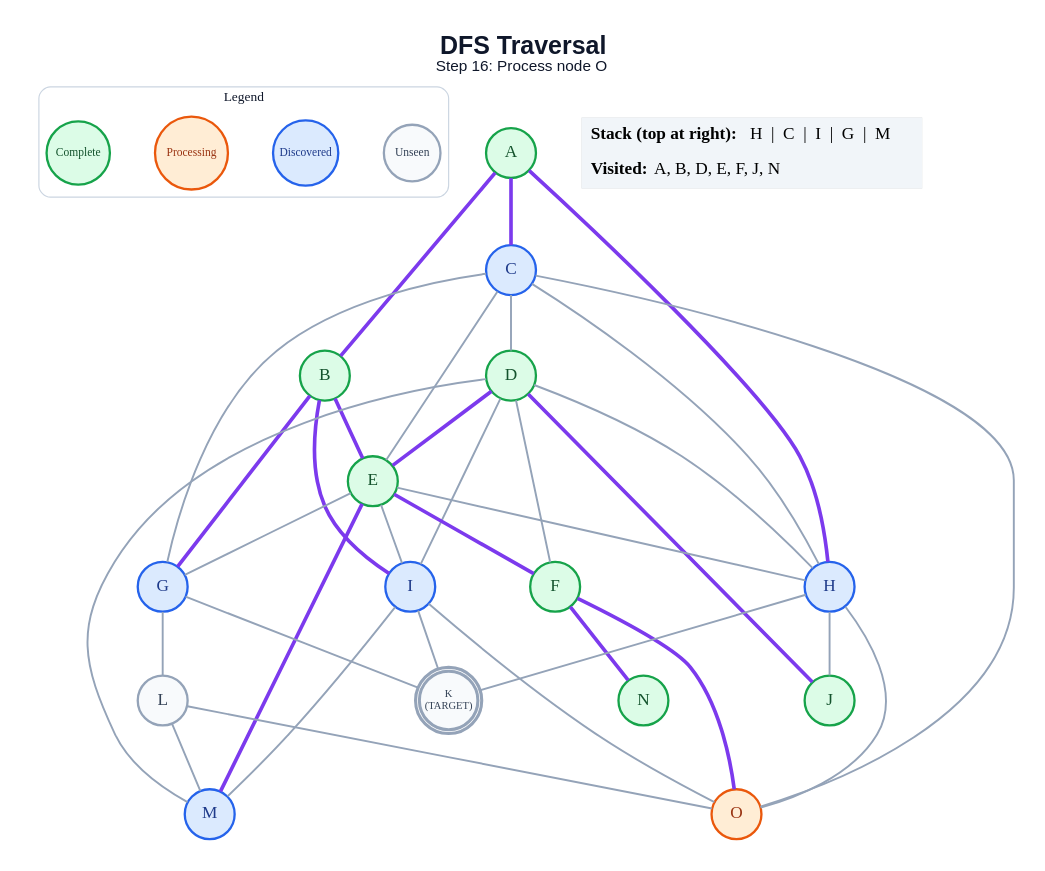
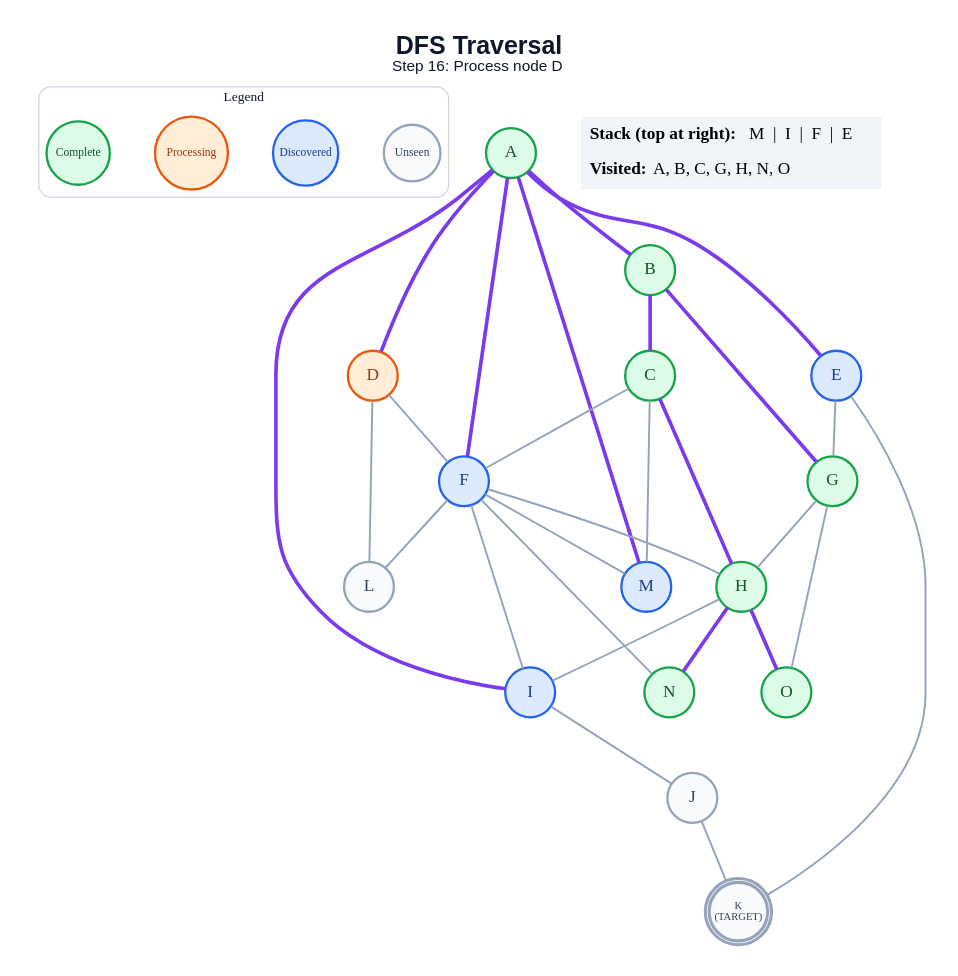
One commit to anon7238593-create/ai-slop changed the diagram in generated/specific-node/dfs/step_16.dot. Above: the diagram before and after it, drawn with Graphviz. The commit also changed 285 other files, not shown here.

```diff
--- a/generated/specific-node/dfs/step_16.dot
+++ b/generated/specific-node/dfs/step_16.dot
@@ -1,68 +1,61 @@
 graph traversal {
   graph [layout=dot, rankdir=TB, bgcolor="#FFFFFF", pad="0.35", nodesep="0.65", ranksep="0.8", fontname="Arial"];
   node [shape=circle, style="filled", fontname="Arial Bold", fontsize=18, width=0.72, fixedsize=true, penwidth=2.4];
   edge [color="#94A3B8", penwidth=2.0];
-  label=<<B>DFS Traversal</B><BR/><FONT POINT-SIZE="16">Step 16: Process node O</FONT>>; labelloc="t"; fontsize=26; fontname="Arial"; fontcolor="#0F172A";
+  label=<<B>DFS Traversal</B><BR/><FONT POINT-SIZE="16">Step 16: Process node D</FONT>>; labelloc="t"; fontsize=26; fontname="Arial"; fontcolor="#0F172A";
   subgraph cluster_legend { label="Legend"; color="#CBD5E1"; penwidth=1.2; style="rounded"; fontsize=14; fontname="Arial Bold";
     key_unseen [label="Unseen", fillcolor="#F8FAFC", color="#94A3B8", fontcolor="#334155", fontsize=12, width=0.82];
     key_frontier [label="Discovered", fillcolor="#DBEAFE", color="#2563EB", fontcolor="#1E3A8A", fontsize=12, width=0.95];
     key_current [label="Processing", fillcolor="#FFEDD5", color="#EA580C", fontcolor="#9A3412", fontsize=12, width=1.05];
     key_done [label="Complete", fillcolor="#DCFCE7", color="#16A34A", fontcolor="#14532D", fontsize=12, width=0.92];
     { rank=same; key_unseen; key_frontier; key_current; key_done; }
   }
   A [label="A", fillcolor="#DCFCE7", color="#16A34A", fontcolor="#14532D", peripheries=1, penwidth=2.4];
   B [label="B", fillcolor="#DCFCE7", color="#16A34A", fontcolor="#14532D", peripheries=1, penwidth=2.4];
-  C [label="C", fillcolor="#DBEAFE", color="#2563EB", fontcolor="#1E3A8A", peripheries=1, penwidth=2.4];
-  D [label="D", fillcolor="#DCFCE7", color="#16A34A", fontcolor="#14532D", peripheries=1, penwidth=2.4];
-  E [label="E", fillcolor="#DCFCE7", color="#16A34A", fontcolor="#14532D", peripheries=1, penwidth=2.4];
-  F [label="F", fillcolor="#DCFCE7", color="#16A34A", fontcolor="#14532D", peripheries=1, penwidth=2.4];
-  G [label="G", fillcolor="#DBEAFE", color="#2563EB", fontcolor="#1E3A8A", peripheries=1, penwidth=2.4];
-  H [label="H", fillcolor="#DBEAFE", color="#2563EB", fontcolor="#1E3A8A", peripheries=1, penwidth=2.4];
+  C [label="C", fillcolor="#DCFCE7", color="#16A34A", fontcolor="#14532D", peripheries=1, penwidth=2.4];
+  D [label="D", fillcolor="#FFEDD5", color="#EA580C", fontcolor="#9A3412", peripheries=1, penwidth=2.4];
+  E [label="E", fillcolor="#DBEAFE", color="#2563EB", fontcolor="#1E3A8A", peripheries=1, penwidth=2.4];
+  F [label="F", fillcolor="#DBEAFE", color="#2563EB", fontcolor="#1E3A8A", peripheries=1, penwidth=2.4];
+  G [label="G", fillcolor="#DCFCE7", color="#16A34A", fontcolor="#14532D", peripheries=1, penwidth=2.4];
+  H [label="H", fillcolor="#DCFCE7", color="#16A34A", fontcolor="#14532D", peripheries=1, penwidth=2.4];
   I [label="I", fillcolor="#DBEAFE", color="#2563EB", fontcolor="#1E3A8A", peripheries=1, penwidth=2.4];
-  J [label="J", fillcolor="#DCFCE7", color="#16A34A", fontcolor="#14532D", peripheries=1, penwidth=2.4];
+  J [label="J", fillcolor="#F8FAFC", color="#94A3B8", fontcolor="#334155", peripheries=1, penwidth=2.4];
   K [label="K\n(TARGET)", fillcolor="#F8FAFC", color="#94A3B8", fontcolor="#334155", peripheries=2, penwidth=3.2, fontsize=11, width=0.85, height=0.85];
   L [label="L", fillcolor="#F8FAFC", color="#94A3B8", fontcolor="#334155", peripheries=1, penwidth=2.4];
   M [label="M", fillcolor="#DBEAFE", color="#2563EB", fontcolor="#1E3A8A", peripheries=1, penwidth=2.4];
   N [label="N", fillcolor="#DCFCE7", color="#16A34A", fontcolor="#14532D", peripheries=1, penwidth=2.4];
-  O [label="O", fillcolor="#FFEDD5", color="#EA580C", fontcolor="#9A3412", peripheries=1, penwidth=2.4];
+  O [label="O", fillcolor="#DCFCE7", color="#16A34A", fontcolor="#14532D", peripheries=1, penwidth=2.4];
   A -- B [color="#7C3AED", penwidth=3.8];
-  A -- C [color="#7C3AED", penwidth=3.8];
-  A -- H [color="#7C3AED", penwidth=3.8];
-  B -- E [color="#7C3AED", penwidth=3.8];
+  A -- D [color="#7C3AED", penwidth=3.8];
+  A -- E [color="#7C3AED", penwidth=3.8];
+  A -- F [color="#7C3AED", penwidth=3.8];
+  A -- I [color="#7C3AED", penwidth=3.8];
+  A -- M [color="#7C3AED", penwidth=3.8];
+  B -- C [color="#7C3AED", penwidth=3.8];
   B -- G [color="#7C3AED", penwidth=3.8];
-  B -- I [color="#7C3AED", penwidth=3.8];
-  C -- D;
-  C -- E;
-  C -- G;
-  C -- H;
-  C -- O;
-  D -- E [color="#7C3AED", penwidth=3.8];
+  C -- F;
+  C -- H [color="#7C3AED", penwidth=3.8];
+  C -- M;
   D -- F;
-  D -- H;
-  D -- I;
-  D -- J [color="#7C3AED", penwidth=3.8];
-  D -- M;
-  E -- F [color="#7C3AED", penwidth=3.8];
+  D -- L;
   E -- G;
-  E -- H;
-  E -- I;
-  E -- M [color="#7C3AED", penwidth=3.8];
-  F -- N [color="#7C3AED", penwidth=3.8];
-  F -- O [color="#7C3AED", penwidth=3.8];
-  G -- K;
-  G -- L;
-  H -- J;
-  H -- K;
-  H -- O;
-  I -- K;
-  I -- M;
-  I -- O;
-  L -- M;
-  L -- O;
+  E -- K;
+  F -- H;
+  F -- I;
+  F -- L;
+  F -- M;
+  F -- N;
+  G -- H;
+  G -- O;
+  H -- I;
+  H -- N [color="#7C3AED", penwidth=3.8];
+  H -- O [color="#7C3AED", penwidth=3.8];
+  I -- J;
+  J -- K;
   status [shape=plain, fixedsize=false, width=0, height=0, margin=0, label=<
     <TABLE BORDER="0" CELLBORDER="0" CELLPADDING="7" BGCOLOR="#F1F5F9">
-      <TR><TD ALIGN="LEFT"><B>Stack (top at right):</B> H  |  C  |  I  |  G  |  M</TD></TR>
-      <TR><TD ALIGN="LEFT"><B>Visited:</B> A, B, D, E, F, J, N</TD></TR>
+      <TR><TD ALIGN="LEFT"><B>Stack (top at right):</B> M  |  I  |  F  |  E</TD></TR>
+      <TR><TD ALIGN="LEFT"><B>Visited:</B> A, B, C, G, H, N, O</TD></TR>
     </TABLE>
   >];
 }
```
